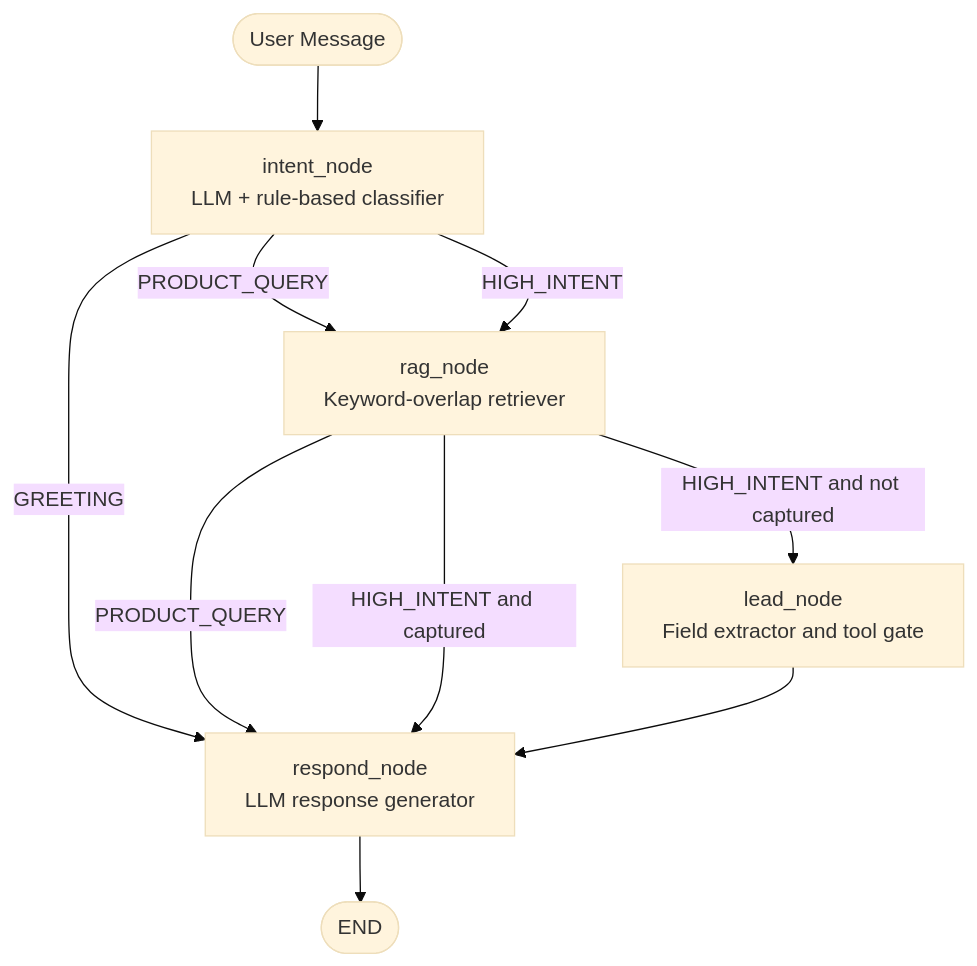
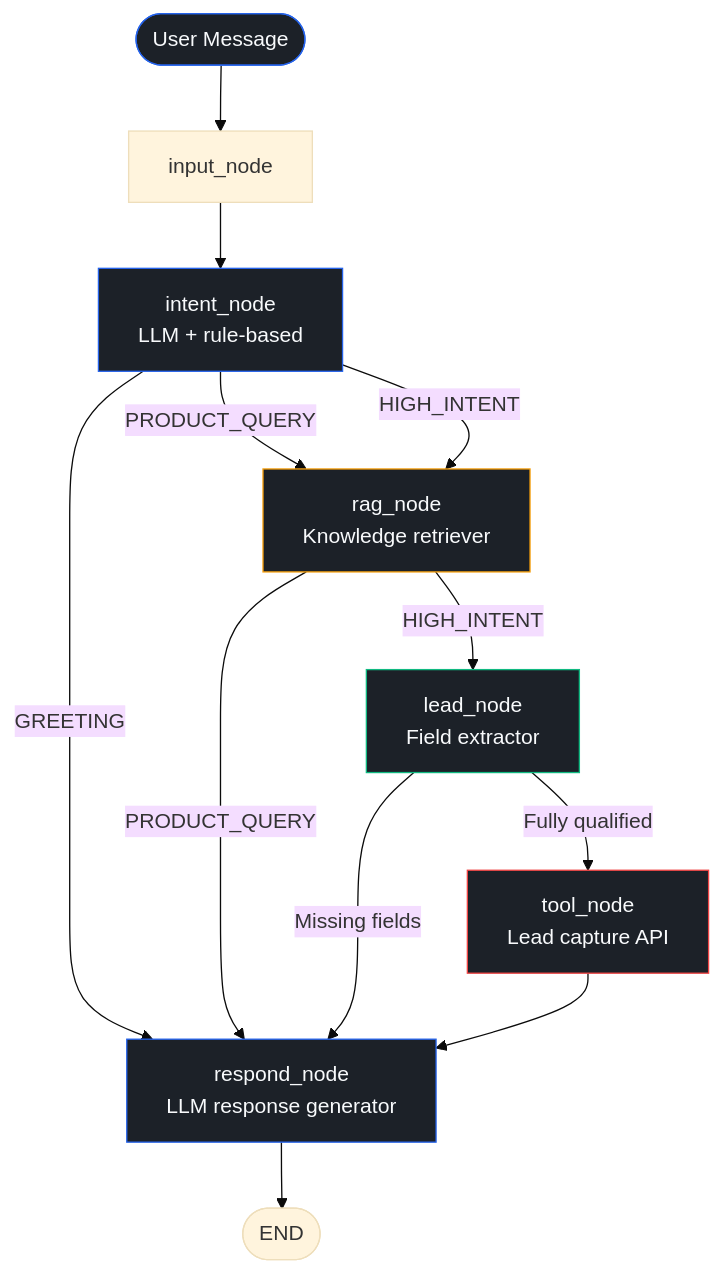
One commit to adarshcod30/Inflx changed the first of 4 diagrams in README.md. Above: the diagram before and after it, drawn with Mermaid (base theme). The commit also changed other lines of this file and 14 other files, not shown here.

First line of the commit message:
feat: production-grade 6-node LangGraph agent with RAG, lead qualification, and tool gating

````diff
--- a/README.md
+++ b/README.md
@@ -74,12 +129,21 @@
 ```mermaid
 graph TD
-    A([User Message]) --> B[intent_node<br/>LLM + rule-based classifier]
-    B -->|GREETING| E[respond_node<br/>LLM response generator]
-    B -->|PRODUCT_QUERY| C[rag_node<br/>Keyword-overlap retriever]
-    B -->|HIGH_INTENT| C
-    C -->|PRODUCT_QUERY| E
-    C -->|HIGH_INTENT and not captured| D[lead_node<br/>Field extractor and tool gate]
-    C -->|HIGH_INTENT and captured| E
-    D --> E
-    E --> F([END])
+    A([User Message]) --> B[input_node]
+    B --> C[intent_node<br/>LLM + rule-based]
+    C -->|GREETING| G[respond_node<br/>LLM response generator]
+    C -->|PRODUCT_QUERY| D[rag_node<br/>Knowledge retriever]
+    C -->|HIGH_INTENT| D
+    D -->|PRODUCT_QUERY| G
+    D -->|HIGH_INTENT| E[lead_node<br/>Field extractor]
+    E -->|Fully qualified| F[tool_node<br/>Lead capture API]
+    E -->|Missing fields| G
+    F --> G
+    G --> H([END])
+
+    style A fill:#1c2128,stroke:#2563eb,color:#f8fafc
+    style C fill:#1c2128,stroke:#2563eb,color:#f8fafc
+    style D fill:#1c2128,stroke:#f59e0b,color:#f8fafc
+    style E fill:#1c2128,stroke:#10b981,color:#f8fafc
+    style F fill:#1c2128,stroke:#ef4444,color:#f8fafc
+    style G fill:#1c2128,stroke:#2563eb,color:#f8fafc
 ```
````
